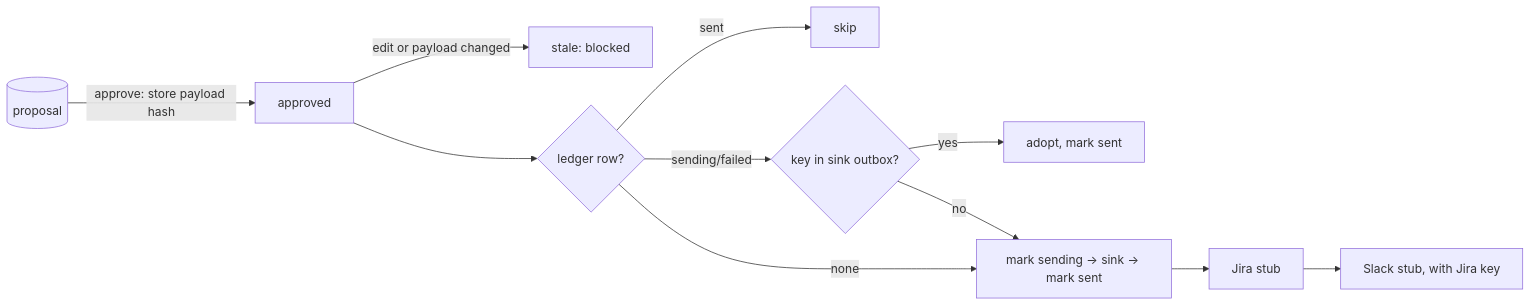
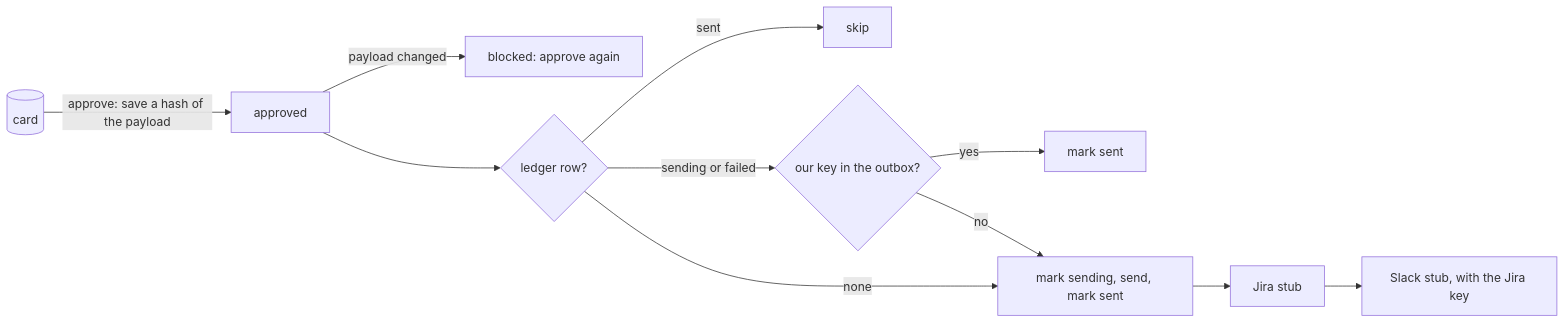
Before and after one commit to agrawalparth08/ai-take-homes: the second of 2 diagrams in take-homes/applied-ai-engineer/solution/TRACEABILITY.md, drawn with Mermaid. The commit also changed other lines of this file and 4 other files, not shown here.

````diff
--- a/take-homes/applied-ai-engineer/solution/TRACEABILITY.md
+++ b/take-homes/applied-ai-engineer/solution/TRACEABILITY.md
@@ -26,12 +44,12 @@
 ```mermaid
 flowchart LR
-  Q[(proposal)] -->|approve: store payload hash| A[approved]
-  A -->|edit or payload changed| ST[stale: blocked]
+  Q[(card)] -->|approve: save a hash of the payload| A[approved]
+  A -->|payload changed| ST[blocked: approve again]
   A --> D{ledger row?}
   D -->|sent| SKIP[skip]
-  D -->|sending/failed| REC{key in sink outbox?}
-  REC -->|yes| ADOPT[adopt, mark sent]
+  D -->|sending or failed| REC{our key in the outbox?}
+  REC -->|yes| ADOPT[mark sent]
   REC -->|no| SEND
-  D -->|none| SEND[mark sending → sink → mark sent]
-  SEND --> J[Jira stub] --> SL[Slack stub, with Jira key]
+  D -->|none| SEND[mark sending, send, mark sent]
+  SEND --> J[Jira stub] --> SL[Slack stub, with the Jira key]
 ```
````
